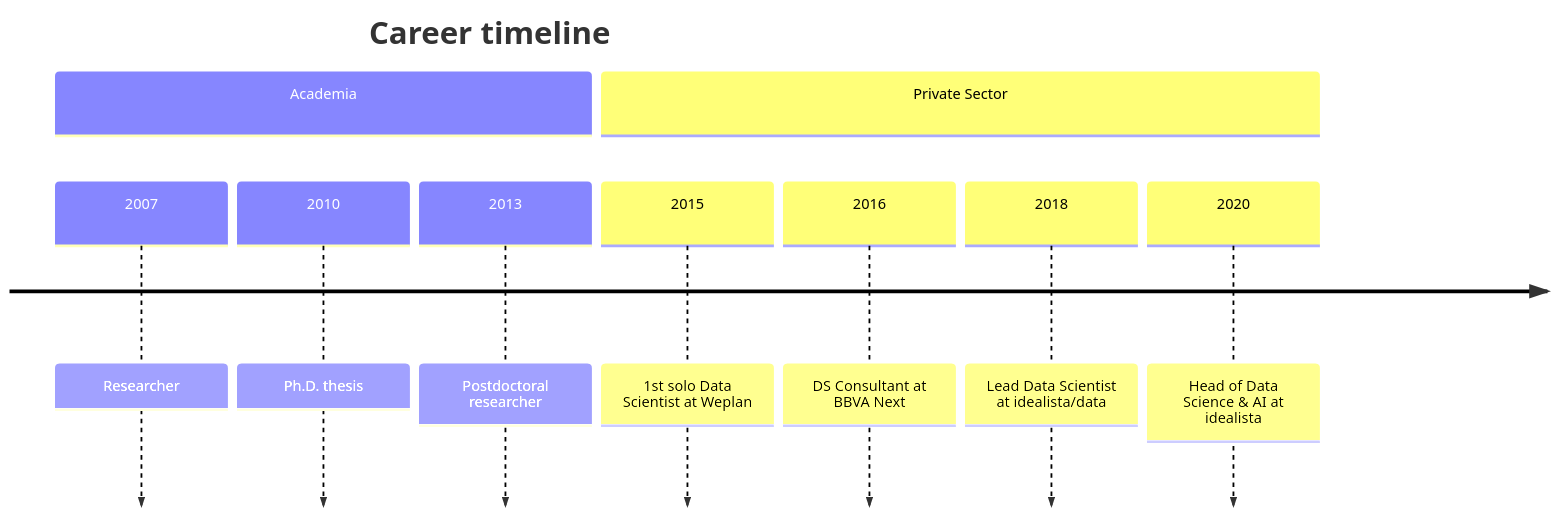
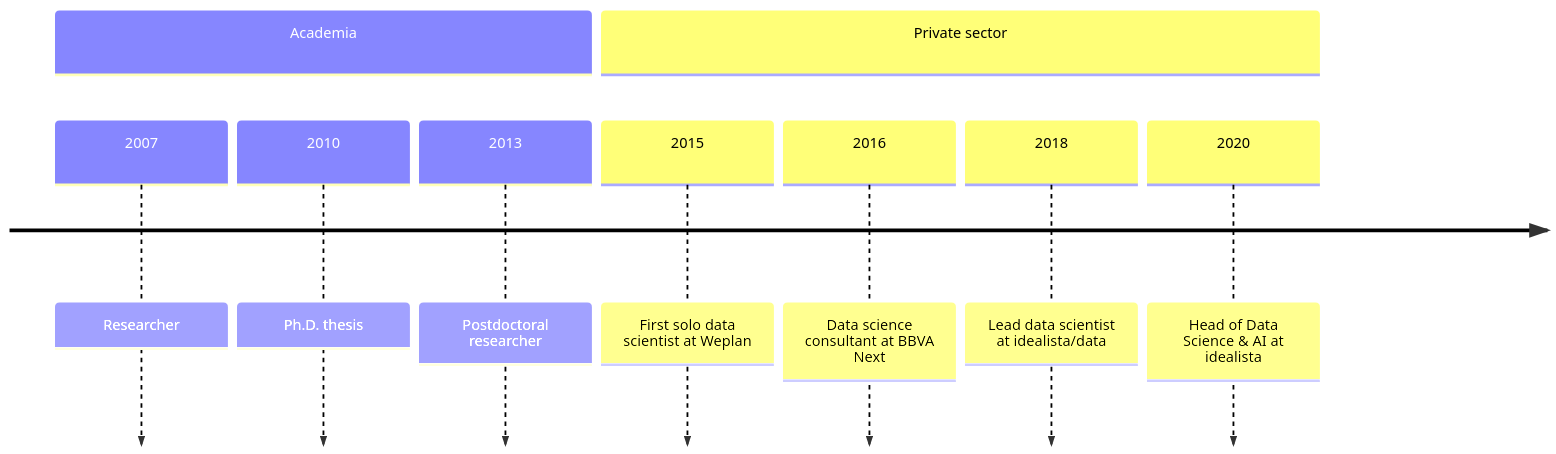
The diagram in content/mocs/Bio.md (pelayoarbues/pelayoarbues.github.io), drawn with Mermaid before and after one commit. The commit also changed other lines of this file and 3 other files, not shown here.

````diff
--- a/content/mocs/Bio.md
+++ b/content/mocs/Bio.md
@@ -7,13 +24,12 @@
 ```mermaid
 timeline
-    title Career timeline
     section Academia
-	    2007 : Researcher
-	    2010 : Ph.D. thesis
-	    2013 : Postdoctoral researcher
-	section Private Sector
-    2015 : 1st solo Data Scientist at Weplan
-    2016 : DS Consultant at BBVA Next
-    2018 : Lead Data Scientist at idealista/data
-    2020 : Head of Data Science & AI at idealista
+        2007 : Researcher
+        2010 : Ph.D. thesis
+        2013 : Postdoctoral researcher
+    section Private sector
+        2015 : First solo data scientist at Weplan
+        2016 : Data science consultant at BBVA Next
+        2018 : Lead data scientist at idealista/data
+        2020 : Head of Data Science & AI at idealista
 ```
````
